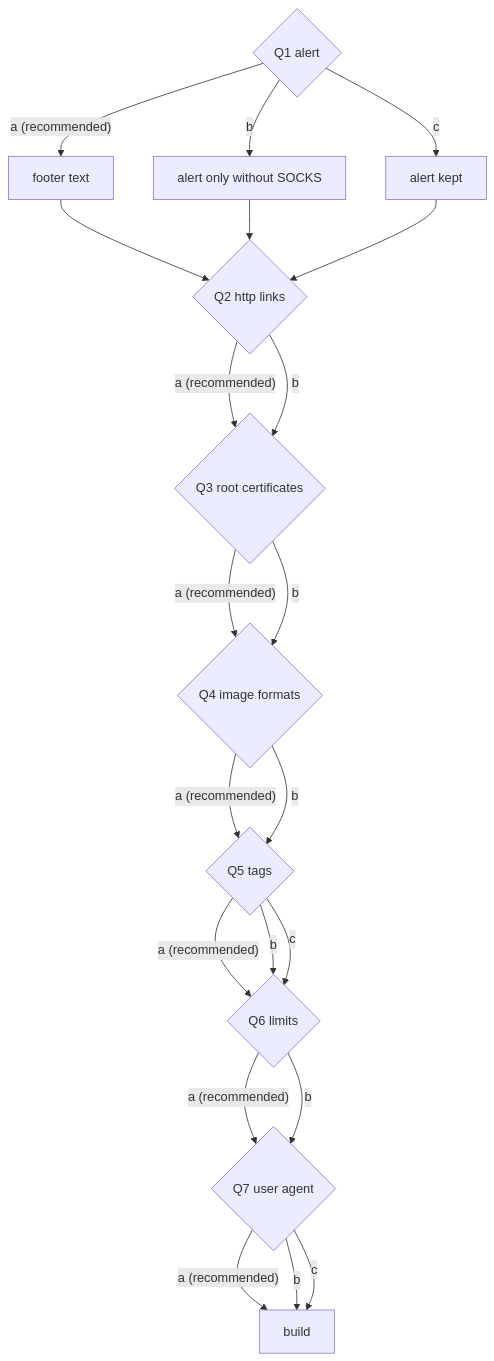
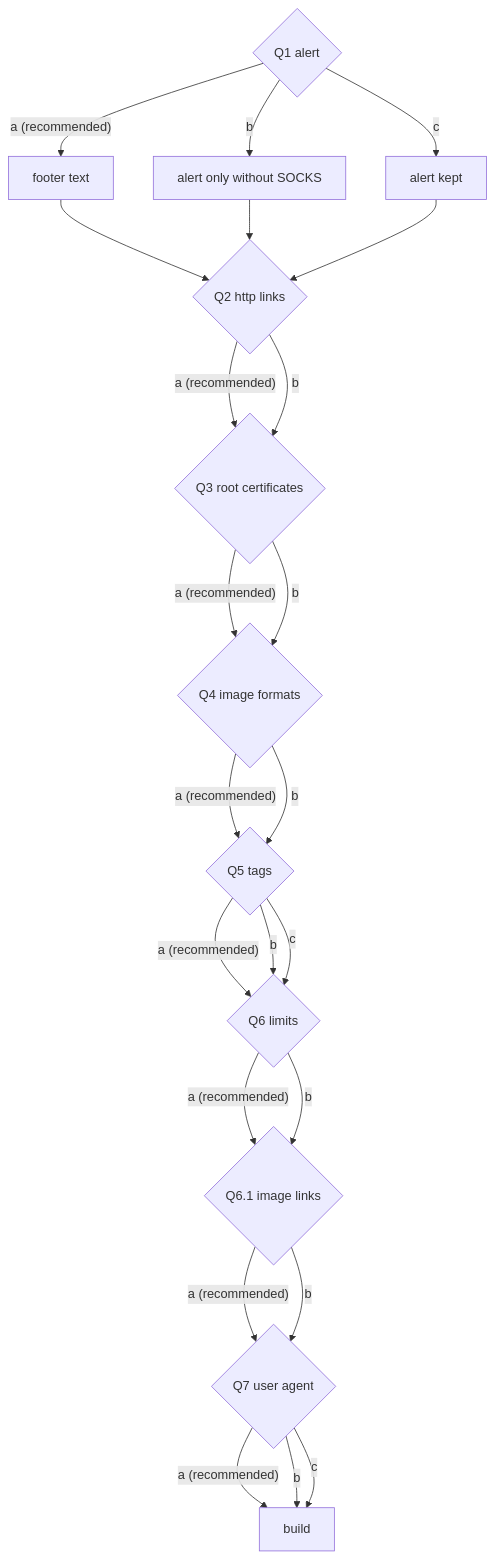
Before and after one commit to simplex-chat/simplex-chat: the eighth of 9 diagrams in plans/2026-11-21-link-previews-core.md, drawn with Mermaid. The commit also changed other lines of this file, not shown here.

Commit message:
docs: link preview plan with the proxy deadline and image link limit

````diff
--- a/plans/2026-11-21-link-previews-core.md
+++ b/plans/2026-11-21-link-previews-core.md
@@ -742,23 +739,25 @@
 ```mermaid
 flowchart TD
   Q1{"Q1 alert"} -->|"a (recommended)"| Q1F["footer text"]
   Q1 -->|b| Q1B["alert only without SOCKS"]
   Q1 -->|c| Q1C["alert kept"]
   Q1F --> Q2{"Q2 http links"}
   Q1B --> Q2
   Q1C --> Q2
   Q2 -->|"a (recommended)"| Q3{"Q3 root certificates"}
   Q2 -->|b| Q3
   Q3 -->|"a (recommended)"| Q4{"Q4 image formats"}
   Q3 -->|b| Q4
   Q4 -->|"a (recommended)"| Q5{"Q5 tags"}
   Q4 -->|b| Q5
   Q5 -->|"a (recommended)"| Q6{"Q6 limits"}
   Q5 -->|b| Q6
   Q5 -->|c| Q6
-  Q6 -->|"a (recommended)"| Q7{"Q7 user agent"}
-  Q6 -->|b| Q7
+  Q6 -->|"a (recommended)"| Q61{"Q6.1 image links"}
+  Q6 -->|b| Q61
+  Q61 -->|"a (recommended)"| Q7{"Q7 user agent"}
+  Q61 -->|b| Q7
   Q7 -->|"a (recommended)"| END["build"]
   Q7 -->|b| END
   Q7 -->|c| END
 ```
````
